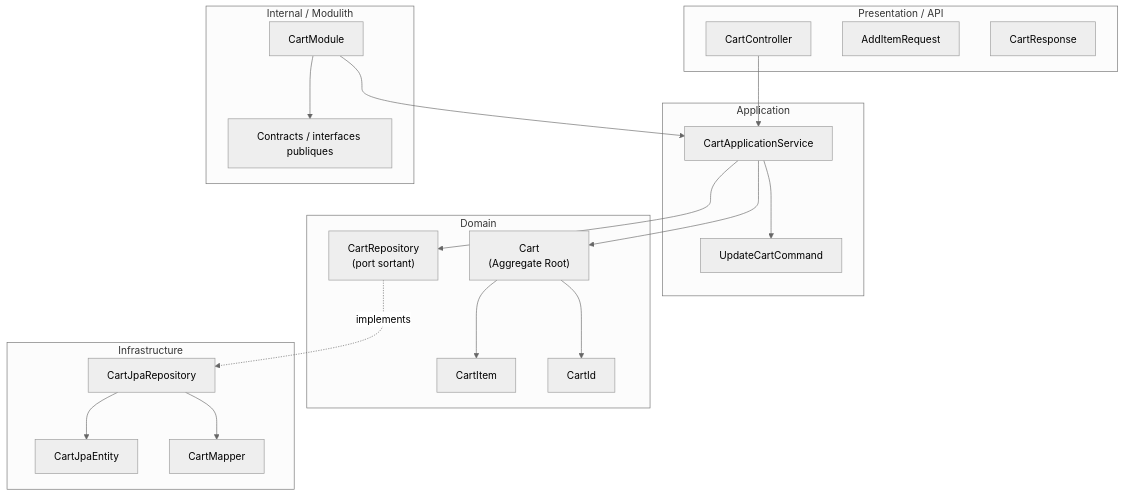
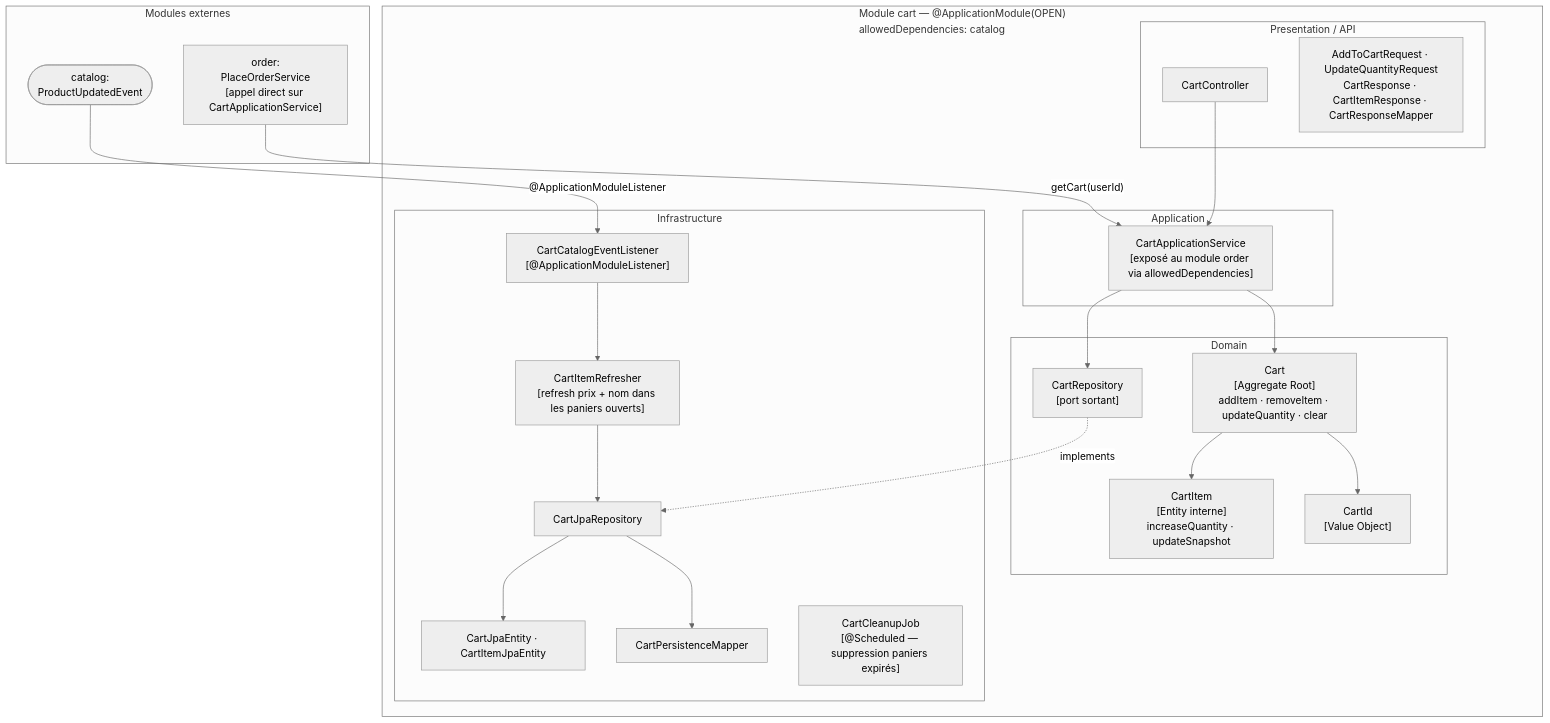
The diagram in docs/diagrams/cart-domain.md (dbeaumont/macmarket), drawn with Mermaid (neutral theme) before and after one commit. The commit also changed other lines of this file and 46 other files, not shown here.

````diff
--- a/docs/diagrams/cart-domain.md
+++ b/docs/diagrams/cart-domain.md
@@ -7,43 +7,51 @@
 ```mermaid
 flowchart TB
-    subgraph Presentation["Presentation / API"]
-        Controller["CartController"]
-        Request["AddItemRequest"]
-        Response["CartResponse"]
+    subgraph EXT["Modules externes"]
+        CE(["catalog:\nProductUpdatedEvent"])
+        ORD["order:\nPlaceOrderService\n[appel direct sur CartApplicationService]"]
     end
 
-    subgraph Application["Application"]
-        Service["CartApplicationService"]
-        Command["UpdateCartCommand"]
+    subgraph CaM["Module cart — @ApplicationModule(OPEN)\nallowedDependencies: catalog"]
+        subgraph Presentation["Presentation / API"]
+            Controller["CartController"]
+            DTOs["AddToCartRequest · UpdateQuantityRequest\nCartResponse · CartItemResponse · CartResponseMapper"]
+        end
+
+        subgraph Application["Application"]
+            AppSvc["CartApplicationService\n[exposé au module order via allowedDependencies]"]
+        end
+
+        subgraph Domain["Domain"]
+            Aggregate["Cart\n[Aggregate Root]\naddItem · removeItem · updateQuantity · clear"]
+            Item["CartItem\n[Entity interne]\nincreaseQuantity · updateSnapshot"]
+            VO["CartId\n[Value Object]"]
+            Port["CartRepository\n[port sortant]"]
+        end
+
+        subgraph Infrastructure["Infrastructure"]
+            RepoImpl["CartJpaRepository"]
+            JpaE["CartJpaEntity · CartItemJpaEntity"]
+            Mapper["CartPersistenceMapper"]
+            Refresher["CartItemRefresher\n[refresh prix + nom dans les paniers ouverts]"]
+            CatL["CartCatalogEventListener\n[@ApplicationModuleListener]"]
+            Cleanup["CartCleanupJob\n[@Scheduled — suppression paniers expirés]"]
+        end
     end
 
-    subgraph Domain["Domain"]
-        Aggregate["Cart\n(Aggregate Root)"]
-        Item["CartItem"]
-        VO1["CartId"]
-        Port["CartRepository\n(port sortant)"]
-    end
+    Controller --> AppSvc
+    AppSvc --> Aggregate
+    AppSvc --> Port
 
-    subgraph Infrastructure["Infrastructure"]
-        RepoImpl["CartJpaRepository"]
-        Entity["CartJpaEntity"]
-        Mapper["CartMapper"]
-    end
+    Aggregate --> Item
+    Aggregate --> VO
 
-    subgraph Internal["Internal / Modulith"]
-        Module["CartModule"]
-        Contracts["Contracts / interfaces publiques"]
-    end
+    Port -.->|"implements"| RepoImpl
+    RepoImpl --> JpaE
+    RepoImpl --> Mapper
 
-    Controller --> Service
-    Service --> Command
-    Service --> Aggregate
-    Service --> Port
-    Aggregate --> Item
-    Aggregate --> VO1
-    Port -.implements.-> RepoImpl
-    RepoImpl --> Entity
-    RepoImpl --> Mapper
-    Module --> Contracts
-    Module --> Service
+    CE -->|"@ApplicationModuleListener"| CatL
+    CatL --> Refresher
+    Refresher --> RepoImpl
+
+    ORD -->|"getCart(userId)"| AppSvc
 ```
````
